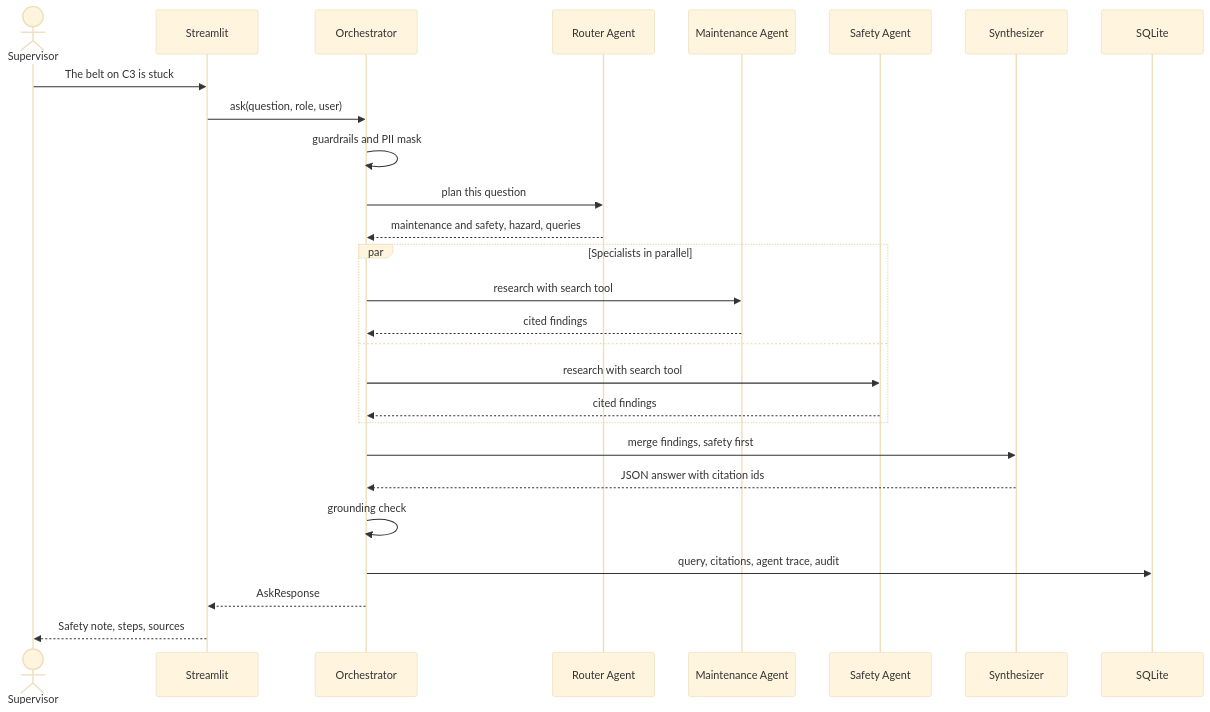
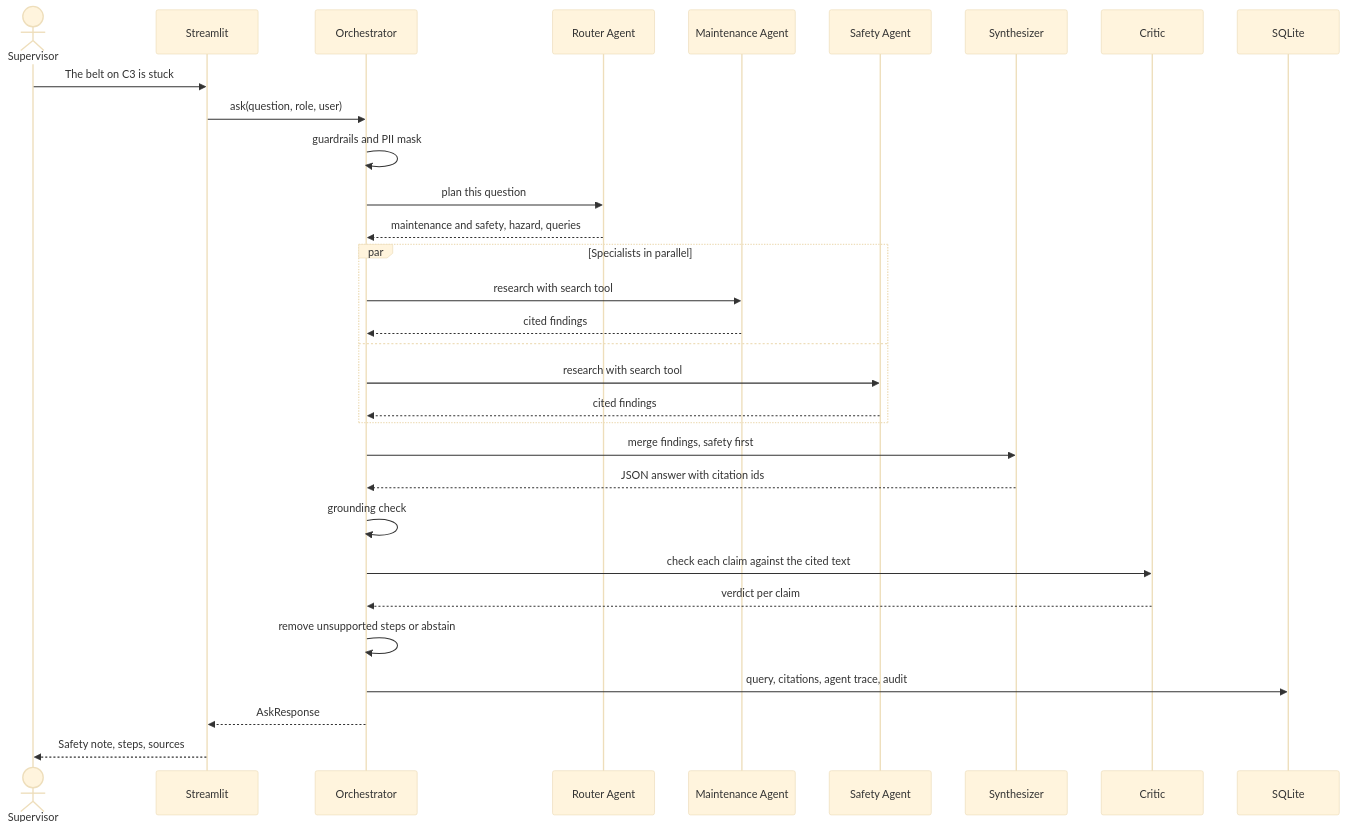
Before and after one commit to hemach-git/FAST: the third of 3 diagrams in docs/architecture.md, drawn with Mermaid (base theme). The commit also changed other lines of this file and 14 other files, not shown here.

````diff
--- a/docs/architecture.md
+++ b/docs/architecture.md
@@ -77,30 +84,34 @@
 ```mermaid
 %% name: sequence
 sequenceDiagram
   actor S as Supervisor
   participant UI as Streamlit
   participant O as Orchestrator
   participant R as Router Agent
   participant M as Maintenance Agent
   participant F as Safety Agent
   participant Y as Synthesizer
+  participant C as Critic
   participant DB as SQLite
   S->>UI: The belt on C3 is stuck
   UI->>O: ask(question, role, user)
   O->>O: guardrails and PII mask
   O->>R: plan this question
   R-->>O: maintenance and safety, hazard, queries
   par Specialists in parallel
     O->>M: research with search tool
     M-->>O: cited findings
   and
     O->>F: research with search tool
     F-->>O: cited findings
   end
   O->>Y: merge findings, safety first
   Y-->>O: JSON answer with citation ids
   O->>O: grounding check
+  O->>C: check each claim against the cited text
+  C-->>O: verdict per claim
+  O->>O: remove unsupported steps or abstain
   O->>DB: query, citations, agent trace, audit
   O-->>UI: AskResponse
   UI-->>S: Safety note, steps, sources
 ```
````
